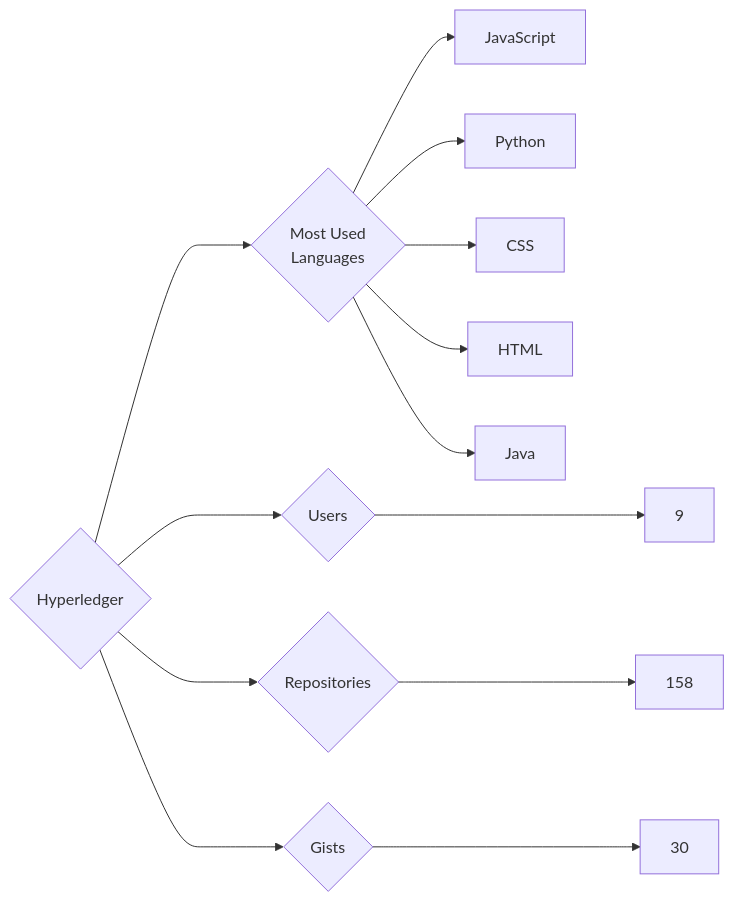
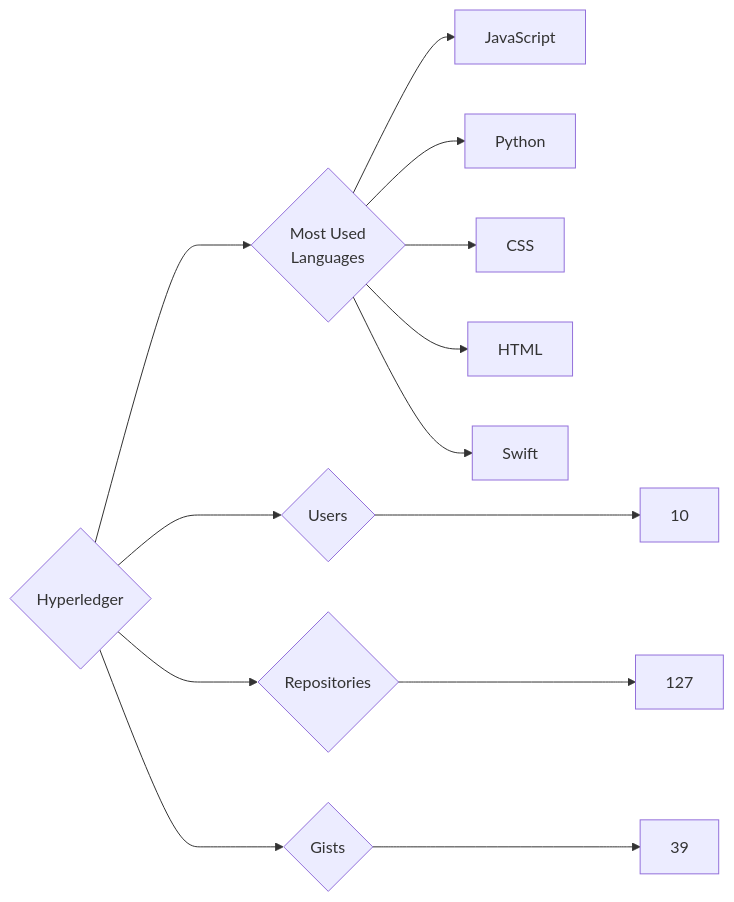
One commit to trickest/insiders changed the diagram in targets/Hyperledger/README.md. Above: the diagram before and after it, drawn with Mermaid. The commit also changed 985 other files, not shown here.

````diff
--- a/targets/Hyperledger/README.md
+++ b/targets/Hyperledger/README.md
@@ -3,13 +3,13 @@
 ```mermaid
 graph LR
 COMPANY_NAME{Hyperledger}
-COMPANY_NAME ---> U{Users} ---> UN[9]
-COMPANY_NAME ---> R{Repositories} ---> RN[158]
-COMPANY_NAME ---> G{Gists} ---> GN[30]
+COMPANY_NAME ---> U{Users} ---> UN[10]
+COMPANY_NAME ---> R{Repositories} ---> RN[127]
+COMPANY_NAME ---> G{Gists} ---> GN[39]
 COMPANY_NAME ---> ML{Most Used<br>Languages}
 ML --> JavaScript[JavaScript]
 ML --> Python[Python]
 ML --> CSS[CSS]
 ML --> HTML[HTML]
-ML --> Java[Java]
+ML --> Swift[Swift]
 ```
````
